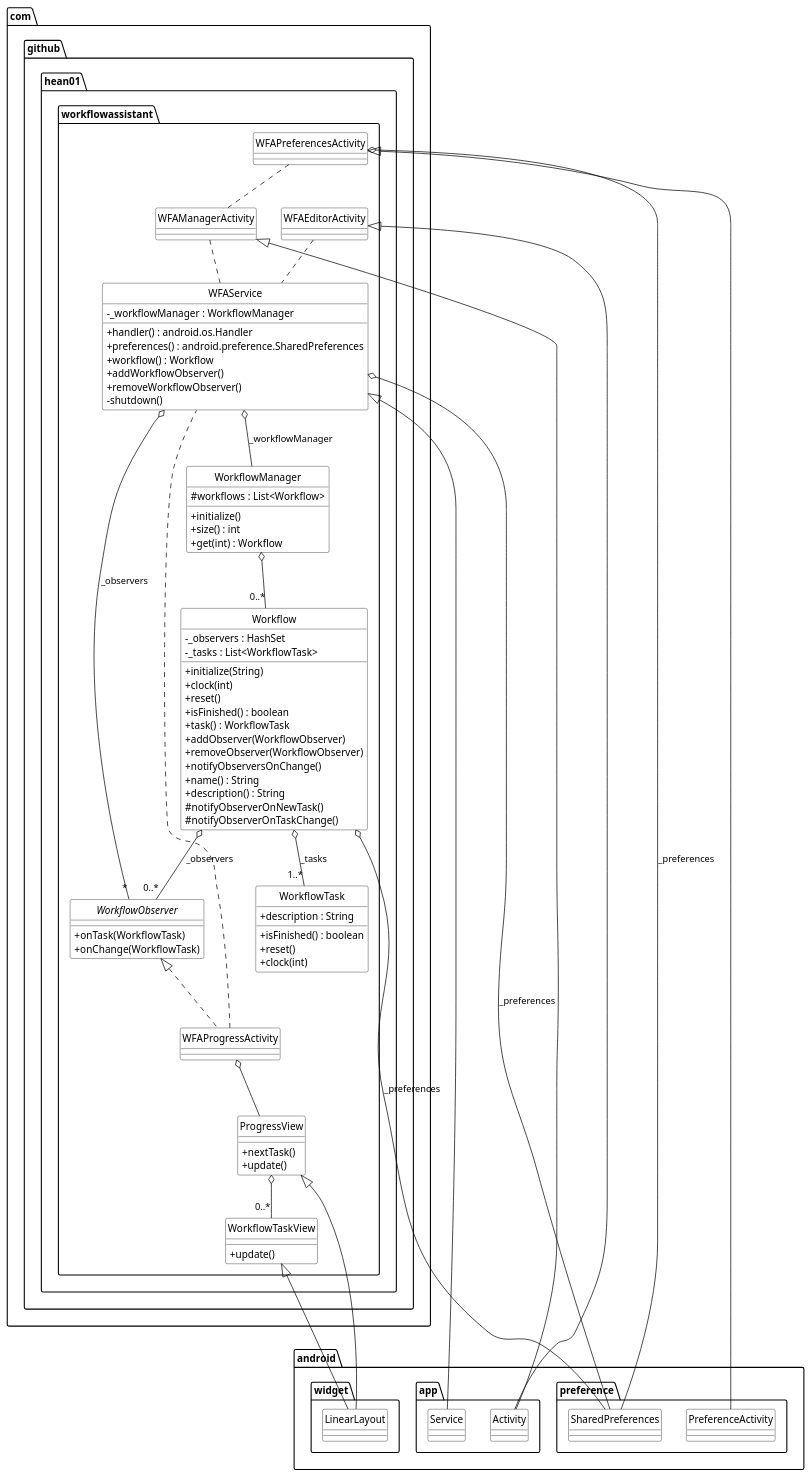
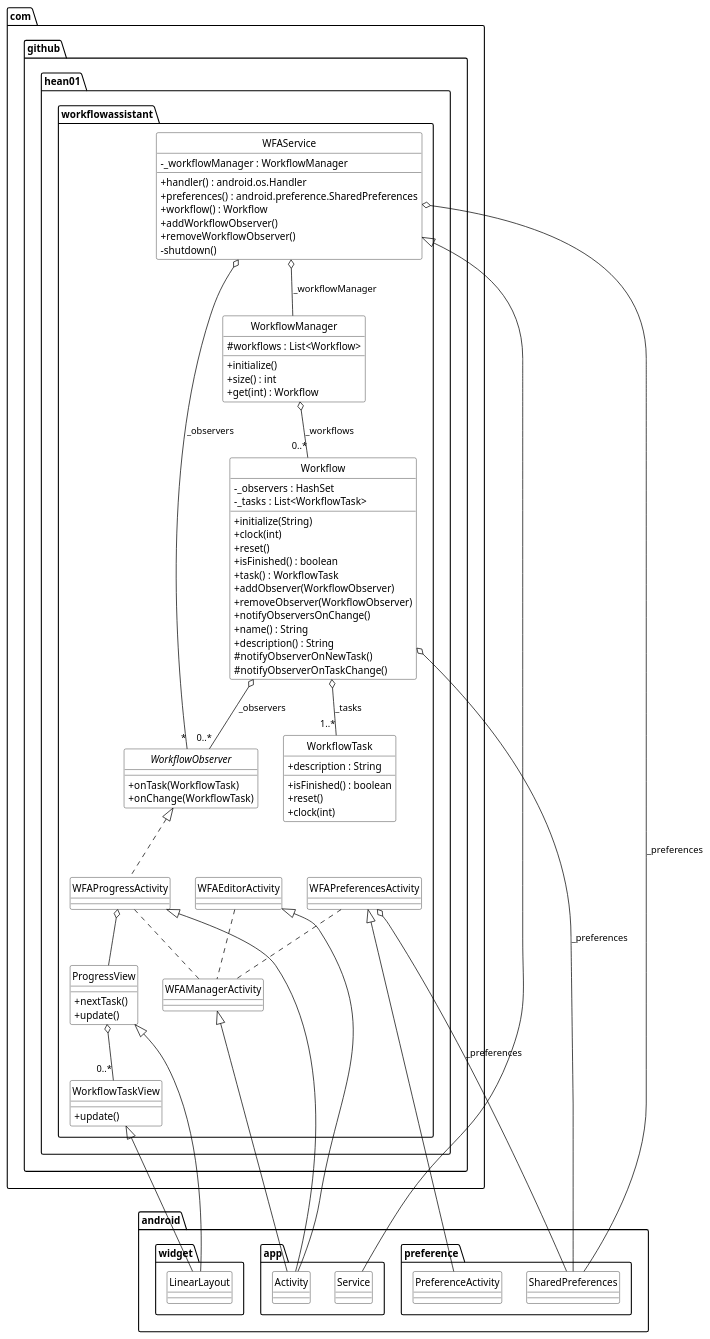
One commit to hean01/wfa changed the diagram in docs/internals.org. Above: the diagram before and after it, drawn with PlantUML.

Commit message:
Minor fixes to internals.org

```diff
--- a/docs/internals.org
+++ b/docs/internals.org
@@ -160,21 +160,25 @@
 
 
 
-WFAProgressActivity .. WFAService
-WFAProgressActivity o-- ProgressView
-WFAManagerActivity .. WFAService
-WFAEditorActivity .. WFAService
+
 WFAPreferencesActivity .. WFAManagerActivity
+WFAProgressActivity .. WFAManagerActivity
+WFAEditorActivity .. WFAManagerActivity
+
+WFAManagerActivity <|-- android.app.Activity
+WFAEditorActivity <|-- android.app.Activity
+WFAProgressActivity <|-- android.app.Activity
+
 WFAPreferencesActivity <|-- android.preference.PreferenceActivity
 WFAPreferencesActivity o-- android.preference.SharedPreferences : _preferences
-WFAManagerActivity <|-- android.app.Activity
-WFAEditorActivity <|-- android.app.Activity
+WFAProgressActivity o-- ProgressView
+
 WorkflowObserver <|.. WFAProgressActivity
 WFAService <|-- android.app.Service
 WFAService o-- WorkflowManager : _workflowManager
 WFAService o-- android.preference.SharedPreferences : _preferences
 WFAService o-- "*" WorkflowObserver : _observers
-WorkflowManager o-- "0..*" Workflow
+WorkflowManager o-- "0..*" Workflow : _workflows
 Workflow o-- "0..*" WorkflowObserver : _observers
 Workflow o-- "1..*" WorkflowTask : _tasks
 Workflow o-- android.preference.SharedPreferences : _preferences
```
